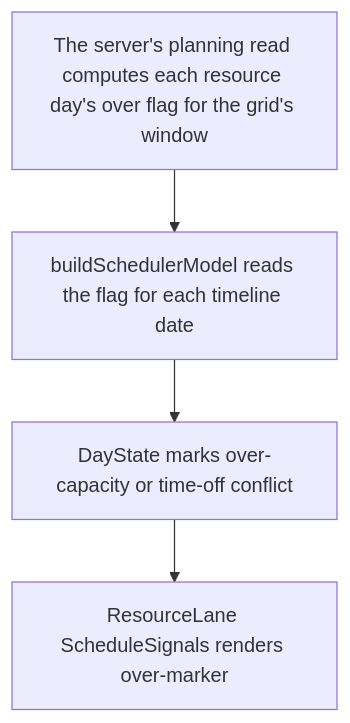
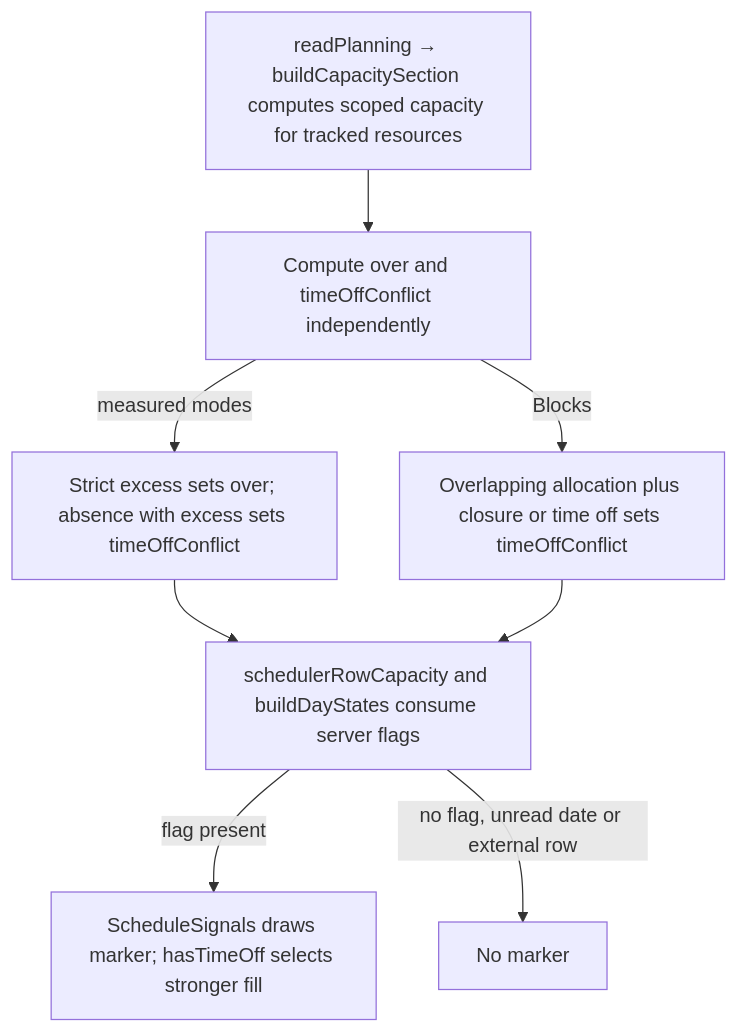
One commit to Kevinjohn/capacitylens changed the second of 2 diagrams in user-stories/scheduler/US-SCH-09-over-allocation.md. Above: the diagram before and after it, drawn with Mermaid. The commit also changed other lines of this file and 172 other files, not shown here.

Commit message:
docs: reconcile user story code flows with source

````diff
--- a/user-stories/scheduler/US-SCH-09-over-allocation.md
+++ b/user-stories/scheduler/US-SCH-09-over-allocation.md
@@ -38,6 +38,10 @@
 ```mermaid
 flowchart TD
-  A["The server's planning read computes each resource day's over flag for the grid's window"] --> B["buildSchedulerModel reads the flag for each timeline date"]
-  B --> D["DayState marks over-capacity or time-off conflict"]
-  D --> E["ResourceLane ScheduleSignals renders over-marker"]
+  Read["readPlanning → buildCapacitySection computes scoped capacity for tracked resources"] --> Day["Compute over and timeOffConflict independently"]
+  Day -->|measured modes| Measured["Strict excess sets over; absence with excess sets timeOffConflict"]
+  Day -->|Blocks| Blocks["Overlapping allocation plus closure or time off sets timeOffConflict"]
+  Measured --> Model["schedulerRowCapacity and buildDayStates consume server flags"]
+  Blocks --> Model
+  Model -->|flag present| Marker["ScheduleSignals draws marker; hasTimeOff selects stronger fill"]
+  Model -->|no flag, unread date or external row| None["No marker"]
 ```
````
